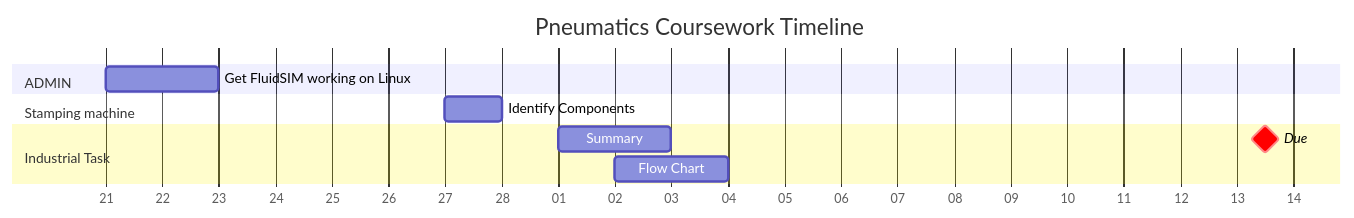
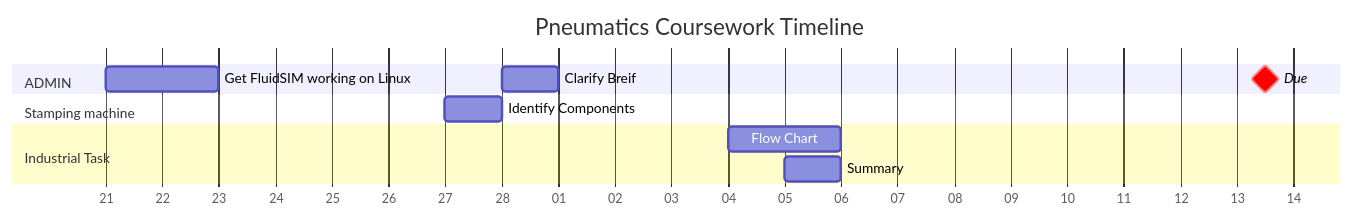
One commit to jasht1/Uni-Projects changed the diagram in Industrial Automation/Assessments/Pneumatics Coursework/Pneumatics Coursework.md. Above: the diagram before and after it, drawn with Mermaid. The commit also changed 4 other files, not shown here.

````diff
--- a/Industrial Automation/Assessments/Pneumatics Coursework/Pneumatics Coursework.md
+++ b/Industrial Automation/Assessments/Pneumatics Coursework/Pneumatics Coursework.md
@@ -17,21 +17,22 @@
 ```mermaid
 ---
 displayMode: compact
 ---
 gantt
 title Pneumatics Coursework Timeline
 dateFormat YYYY-MM-DD
 axisFormat %d
 tickInterval 1day
 
 section ADMIN
 	Get FluidSIM working on Linux: 2025-02-21, 2d
+	Clarify Breif: 2025-02-28, 1d
+	Due: crit, milestone, 2025-03-13, 1d
 
 section Stamping machine
 	Identify Components: 2025-02-27, 1d
 
 section Industrial Task
-	Summary: 2025-03-01, 2d
-	Flow Chart: 2025-03-02, 2d
-Due: crit, milestone, 2025-03-13, 1d
+	Summary: 2025-03-05, 1d
+	Flow Chart: 2025-03-04, 2d
 ```
````
